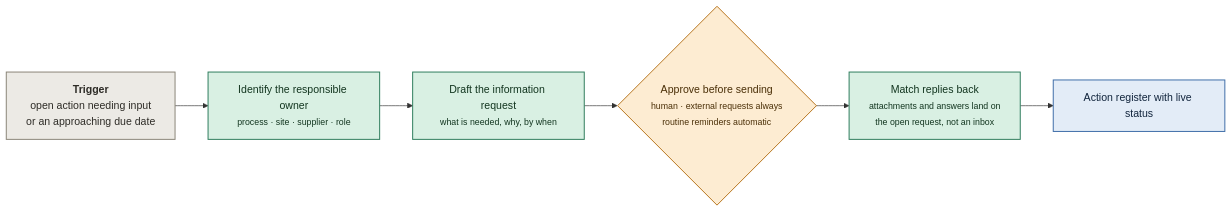
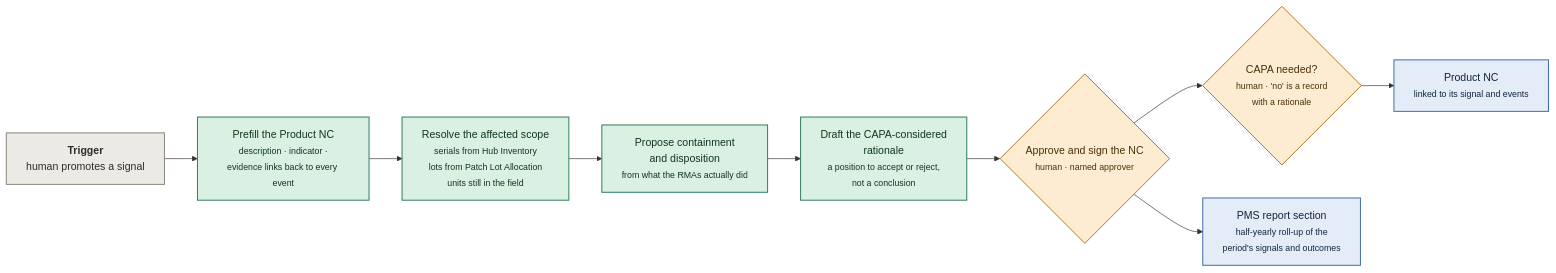
Before and after one commit to Tchanwangsa/forward-hack: the eighth of 9 diagrams in plan/DIAGRAMS.md, drawn with Mermaid. The commit also changed other lines of this file and 15 other files, not shown here.

````diff
--- a/plan/DIAGRAMS.md
+++ b/plan/DIAGRAMS.md
@@ -231,18 +260,22 @@
 ```mermaid
 flowchart LR
-  T["<b>Trigger</b><br/>open action needing input<br/>or an approaching due date"]
-  A1["Identify the responsible owner<br/><small>process · site · supplier · role</small>"]
-  A2["Draft the information request<br/><small>what is needed, why, by when</small>"]
-  G{"Approve before sending<br/><small>human · external requests always<br/>routine reminders automatic</small>"}
-  A3["Match replies back<br/><small>attachments and answers land on<br/>the open request, not an inbox</small>"]
-  O["Action register with live status"]
-  T --> A1 --> A2 --> G --> A3 --> O
+  T["<b>Trigger</b><br/>human promotes a signal"]
+  A1["Prefill the Product NC<br/><small>description · indicator ·<br/>evidence links back to every event</small>"]
+  A2["Resolve the affected scope<br/><small>serials from Hub Inventory<br/>lots from Patch Lot Allocation<br/>units still in the field</small>"]
+  A3["Propose containment<br/>and disposition<br/><small>from what the RMAs actually did</small>"]
+  A4["Draft the CAPA-considered<br/>rationale<br/><small>a position to accept or reject,<br/>not a conclusion</small>"]
+  G1{"Approve and sign the NC<br/><small>human · named approver</small>"}
+  G2{"CAPA needed?<br/><small>human · 'no' is a record<br/>with a rationale</small>"}
+  O1["Product NC<br/><small>linked to its signal and events</small>"]
+  O2["PMS report section<br/><small>half-yearly roll-up of the<br/>period's signals and outcomes</small>"]
+  T --> A1 --> A2 --> A3 --> A4 --> G1 --> G2 --> O1
+  G1 --> O2
   classDef trigger fill:#eceae5,stroke:#8a8578,stroke-width:1.5px,color:#2e2c27
   classDef agent fill:#d9f0e3,stroke:#2f7d5d,stroke-width:1.5px,color:#12351f
   classDef gate fill:#fdecd2,stroke:#b8761f,stroke-width:1.5px,color:#4a2f07
   classDef out fill:#e3ecf7,stroke:#3f6ea8,stroke-width:1.5px,color:#12253d
   class T trigger
-  class A1,A2,A3 agent
-  class G gate
-  class O out
+  class A1,A2,A3,A4 agent
+  class G1,G2 gate
+  class O1,O2 out
 ```
````
